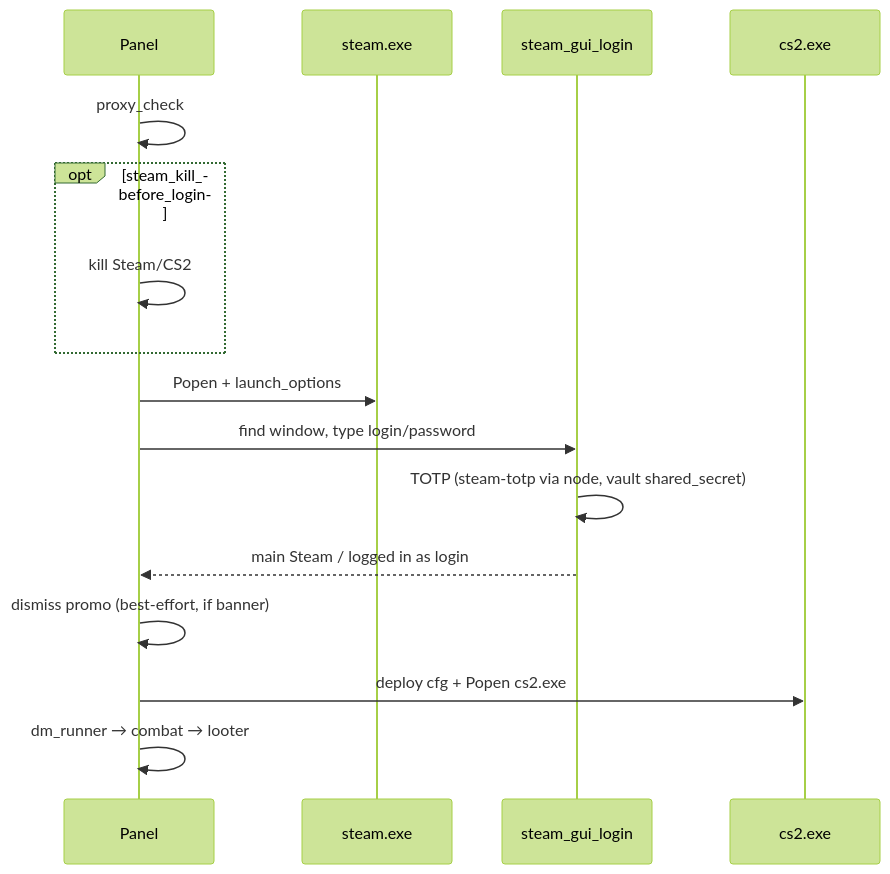
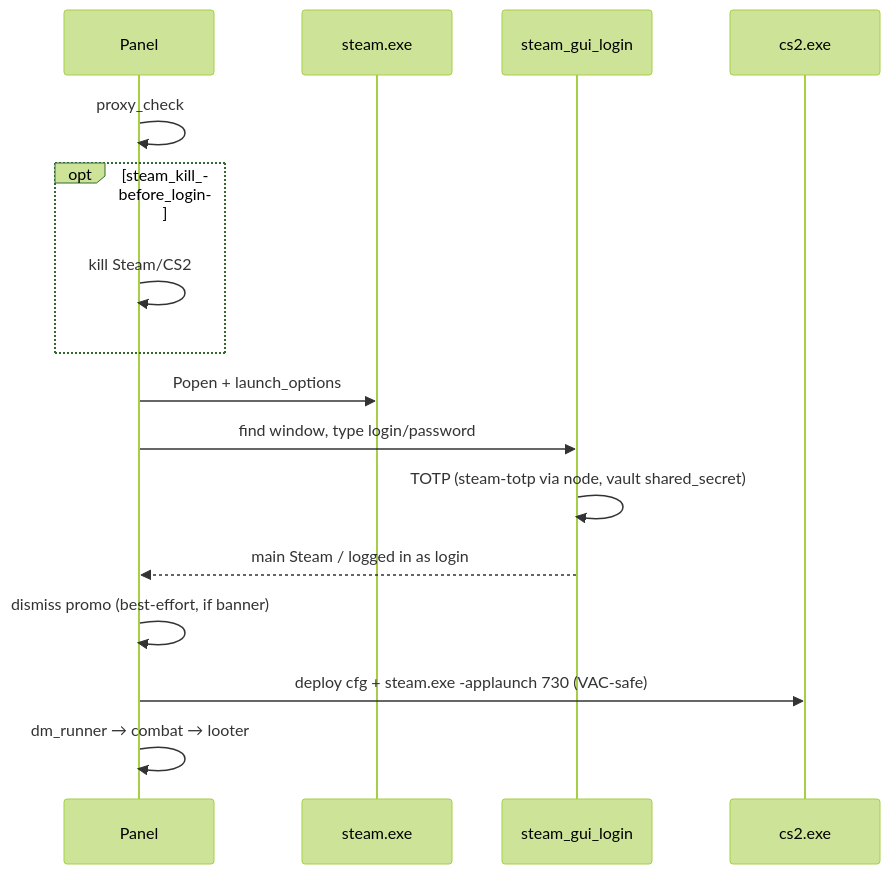
Before and after one commit to Mikhail-Sklyarenko/R.I.P.-Panel: the first of 2 diagrams in docs/LAUNCHER.md, drawn with Mermaid (forest theme). The commit also changed 5 other files, not shown here.

First line of the commit message:
Fix VAC block: safe Steam flags and launch CS2 via steam -applaunch.

````diff
--- a/docs/LAUNCHER.md
+++ b/docs/LAUNCHER.md
@@ -15,19 +15,19 @@
 ```mermaid
 sequenceDiagram
   participant Panel
   participant SteamExe as steam.exe
   participant UI as steam_gui_login
   participant CS2 as cs2.exe
 
   Panel->>Panel: proxy_check
   opt steam_kill_before_login
     Panel->>Panel: kill Steam/CS2
   end
   Panel->>SteamExe: Popen + launch_options
   Panel->>UI: find window, type login/password
   UI->>UI: TOTP (steam-totp via node, vault shared_secret)
   UI-->>Panel: main Steam / logged in as login
   Panel->>Panel: dismiss promo (best-effort, if banner)
-  Panel->>CS2: deploy cfg + Popen cs2.exe
+  Panel->>CS2: deploy cfg + steam.exe -applaunch 730 (VAC-safe)
   Panel->>Panel: dm_runner → combat → looter
 ```
````
